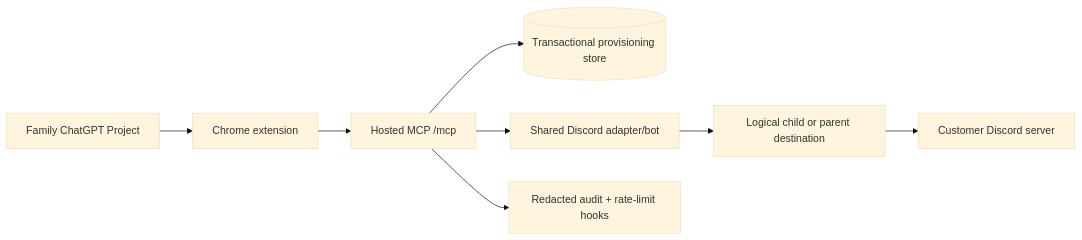
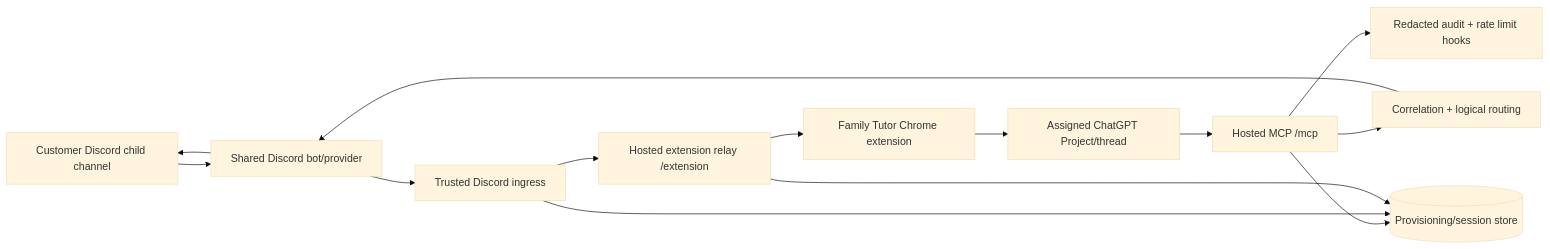
One commit to lalalic/family-tutor changed the first of 2 diagrams in docs/architecture.md. Above: the diagram before and after it, drawn with Mermaid (base theme). The commit also changed other lines of this file and 26 other files, not shown here.

Commit message:
Integrate Family Tutor hosted product flow

````diff
--- a/docs/architecture.md
+++ b/docs/architecture.md
@@ -7,10 +9,17 @@
 ```mermaid
 flowchart LR
-  U[Family ChatGPT Project] --> X[Chrome extension]
-  X --> M[Hosted MCP /mcp]
-  M --> S[(Transactional provisioning store)]
-  M --> D[Shared Discord adapter/bot]
-  D --> C[Logical child or parent destination]
-  C --> DC[Customer Discord server]
-  M --> A[Redacted audit + rate-limit hooks]
+  DC[Customer Discord child channel] --> BOT[Shared Discord bot/provider]
+  BOT --> I[Trusted Discord ingress]
+  I --> R[Hosted extension relay /extension]
+  R --> X[Family Tutor Chrome extension]
+  X --> P[Assigned ChatGPT Project/thread]
+  P --> M[Hosted MCP /mcp]
+  M --> C[Correlation + logical routing]
+  C --> BOT
+  BOT --> DC
+
+  M --> S[(Provisioning/session store)]
+  I --> S
+  R --> S
+  M --> A[Redacted audit + rate limit hooks]
 ```
````
